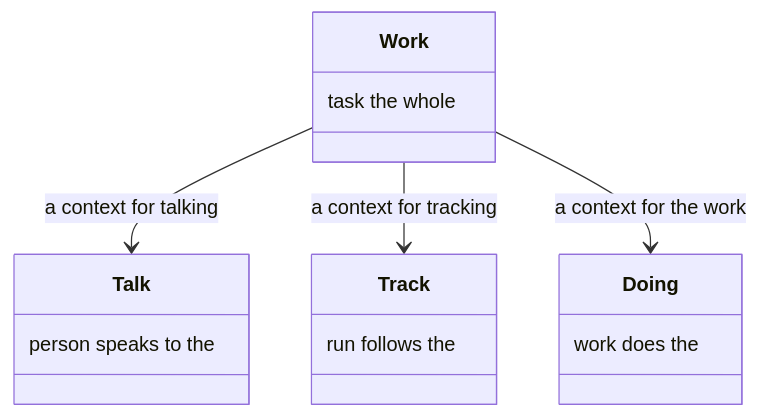
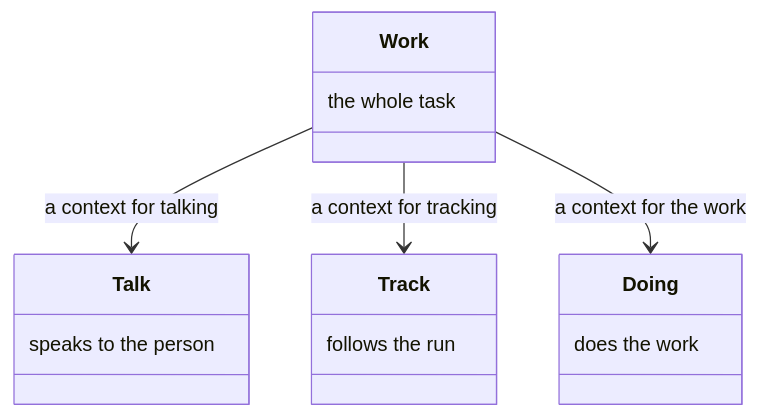
Before and after one commit to m2ux/workflow-server: the second of 20 diagrams in docs/architecture.md, drawn with Mermaid. The commit also changed other lines of this file and 10 other files, not shown here.

Commit message:
Write each class-box note in reading order so the diagram shows the phrase as written.

````diff
--- a/docs/architecture.md
+++ b/docs/architecture.md
@@ -24,18 +24,18 @@
 ```mermaid
 classDiagram
   class Work {
-    task the whole
+    the whole task
   }
   class Talk {
-    person speaks to the
+    speaks to the person
   }
   class Track {
-    run follows the
+    follows the run
   }
   class Doing {
-    work does the
+    does the work
   }
   Work --> Talk : a context for talking
   Work --> Track : a context for tracking
   Work --> Doing : a context for the work
 ```
````
